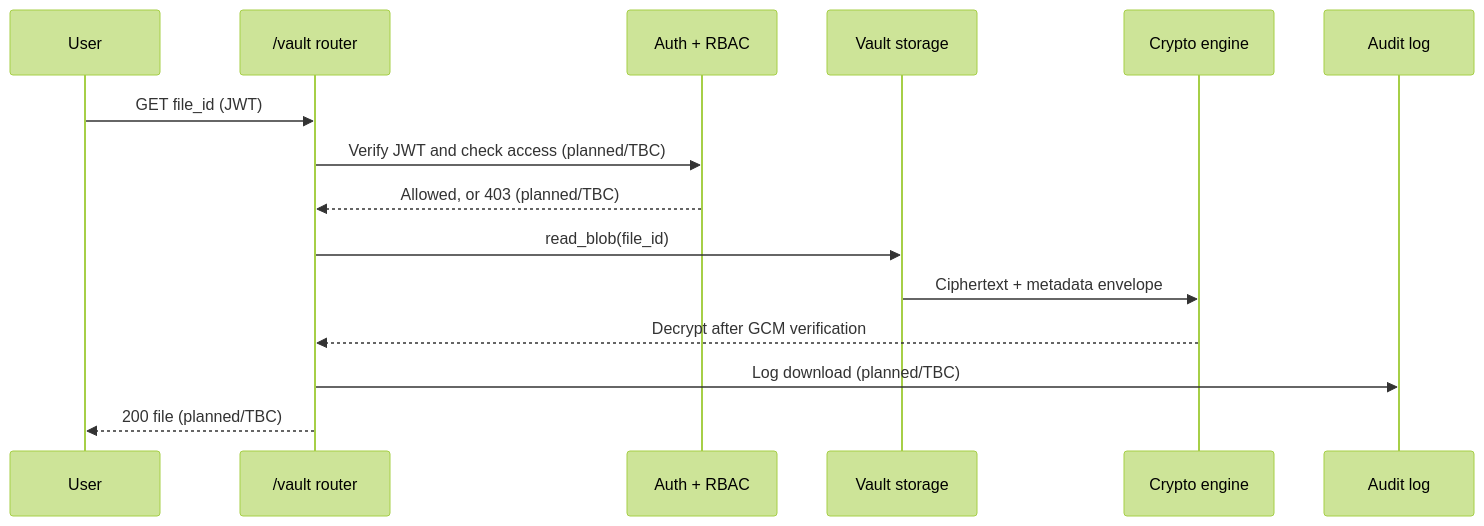
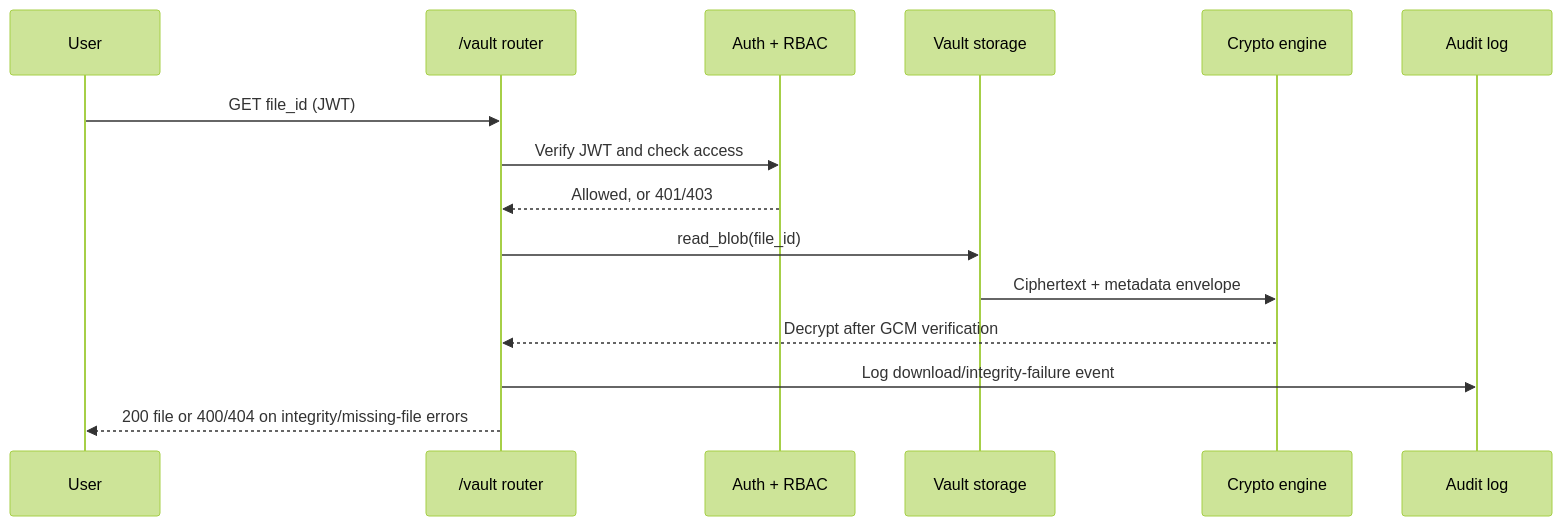
Before and after one commit to vitokwon/secure-financial-vault: the third of 3 diagrams in docs/ARCHITECTURE.md, drawn with Mermaid (forest theme). The commit also changed other lines of this file and 3 other files, not shown here.

Commit message:
docs: sync architecture threat model and test matrix baselines

````diff
--- a/docs/ARCHITECTURE.md
+++ b/docs/ARCHITECTURE.md
@@ -149,17 +149,17 @@
 ```mermaid
 sequenceDiagram
     participant U as User
     participant API as /vault router
     participant A as Auth + RBAC
     participant S as Vault storage
     participant C as Crypto engine
     participant L as Audit log
     U->>API: GET file_id (JWT)
-    API->>A: Verify JWT and check access (planned/TBC)
-    A-->>API: Allowed, or 403 (planned/TBC)
+    API->>A: Verify JWT and check access
+    A-->>API: Allowed, or 401/403
     API->>S: read_blob(file_id)
     S->>C: Ciphertext + metadata envelope
     C-->>API: Decrypt after GCM verification
-    API->>L: Log download (planned/TBC)
-    API-->>U: 200 file (planned/TBC)
+    API->>L: Log download/integrity-failure event
+    API-->>U: 200 file or 400/404 on integrity/missing-file errors
 ```
````
